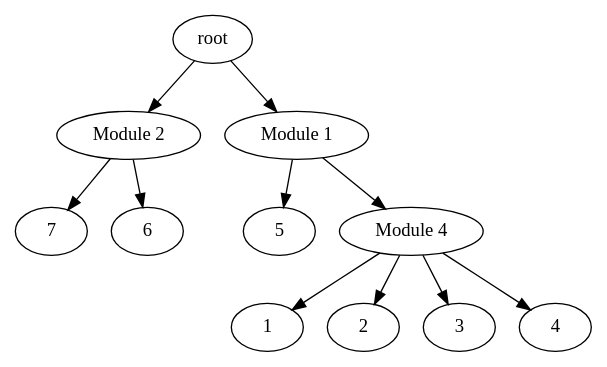
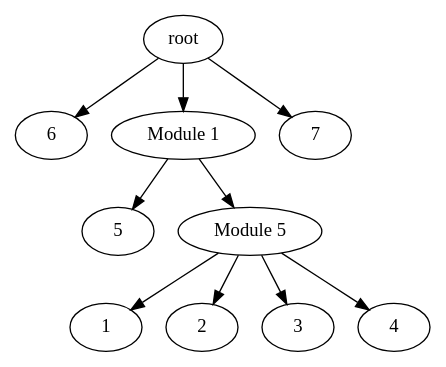
The diagram in Paper/Graph4.dot (MrBoboGet/BachelorThesis), drawn with Graphviz before and after one commit. The commit also changed 4 other files, not shown here.

```diff
--- a/Paper/Graph4.dot
+++ b/Paper/Graph4.dot
@@ -1,9 +1,9 @@
 digraph G
 {
-    root -> "Module 2";
+    root -> 6
     root -> "Module 1";
-    "Module 2" -> {7 6}
+    root -> 7
     "Module 1" -> 5
-    "Module 1" -> "Module 4";
-    "Module 4" -> {1 2 3 4}
+    "Module 1" -> "Module 5";
+    "Module 5" -> {1 2 3 4}
 }
```
